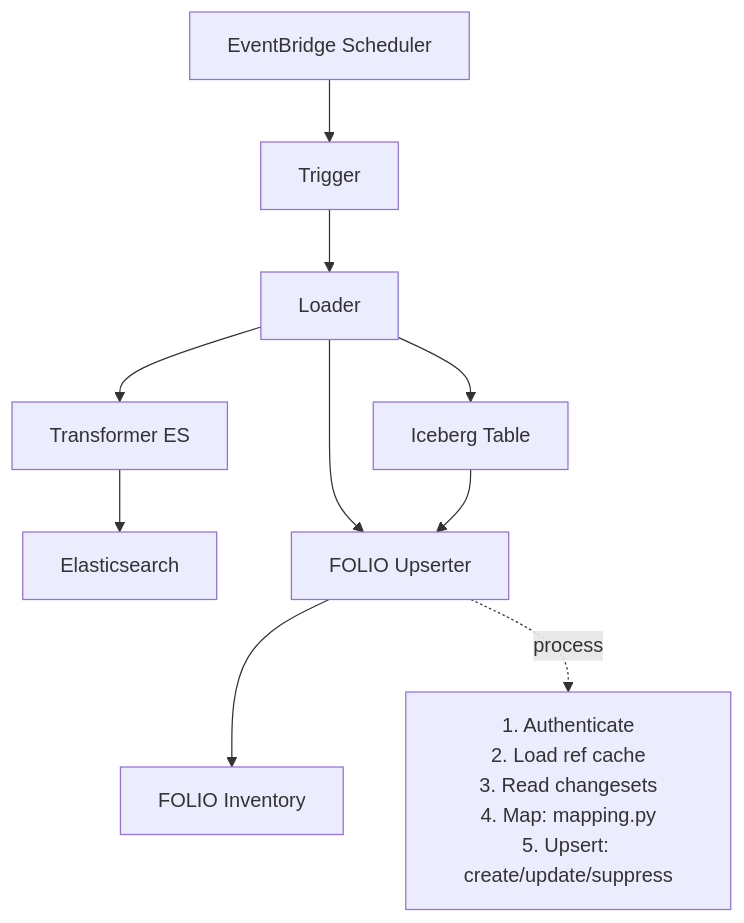
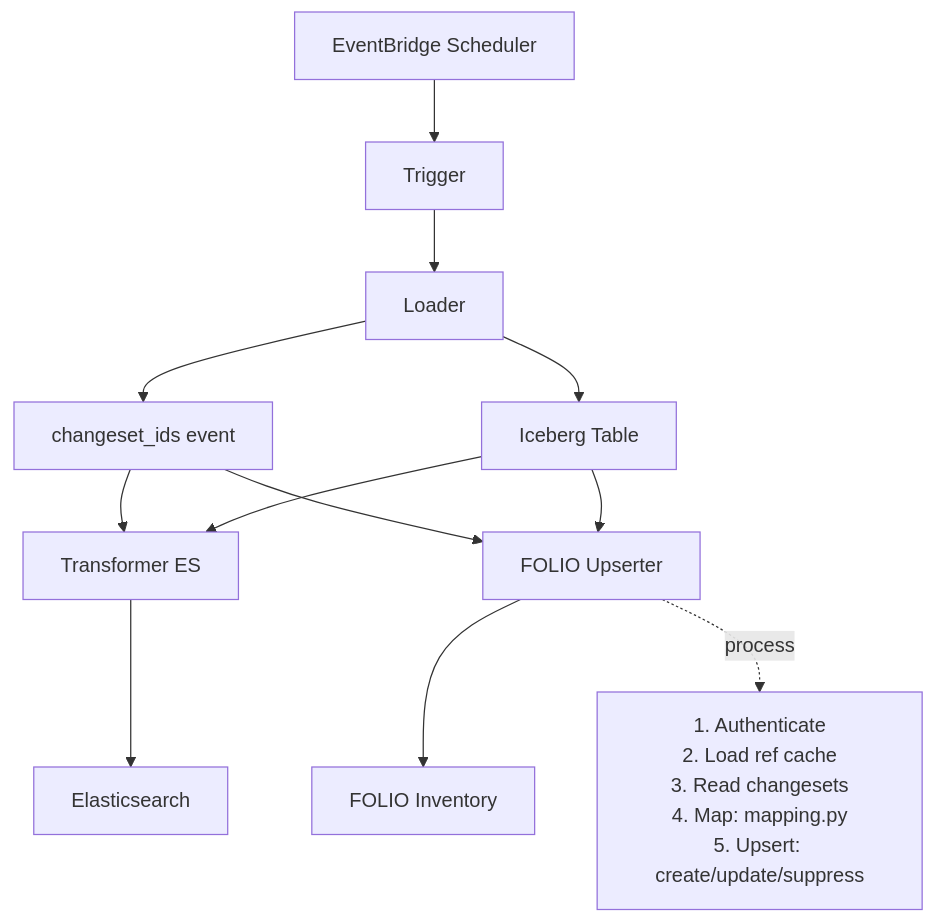
One commit to wellcomecollection/docs changed the second of 6 diagrams in rfcs/090-axiell-folio-sync/README.md. Above: the diagram before and after it, drawn with Mermaid. The commit also changed other lines of this file, not shown here.

Commit message:
More changes to diagrams

````diff
--- a/rfcs/090-axiell-folio-sync/README.md
+++ b/rfcs/090-axiell-folio-sync/README.md
@@ -118,14 +118,16 @@
 ```mermaid
 flowchart TD
   scheduler[EventBridge Scheduler] --> trigger[Trigger]
   trigger --> loader[Loader]
-  loader --> transformer[Transformer ES]
+  loader --> iceberg[Iceberg Table]
+  loader --> event[changeset_ids event]
+  event --> transformer[Transformer ES]
   transformer --> es[Elasticsearch]
-  loader --> iceberg[Iceberg Table]
-  loader --> upserter[FOLIO Upserter]
+  event --> upserter[FOLIO Upserter]
+  iceberg --> transformer
   iceberg --> upserter
   upserter --> folio[FOLIO Inventory]
 
   upserterSteps["1. Authenticate<br/>2. Load ref cache<br/>3. Read changesets<br/>4. Map: mapping.py<br/>5. Upsert: create/update/suppress"]
   upserter -. process .-> upserterSteps
 ```
````
